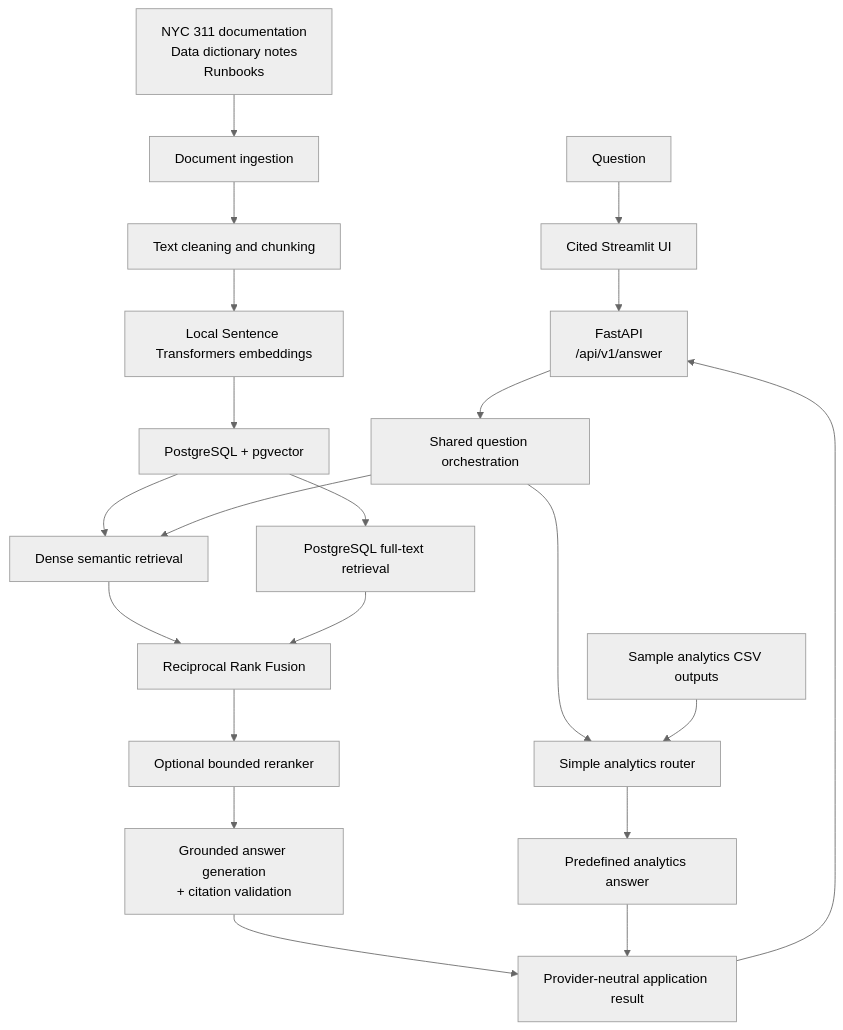
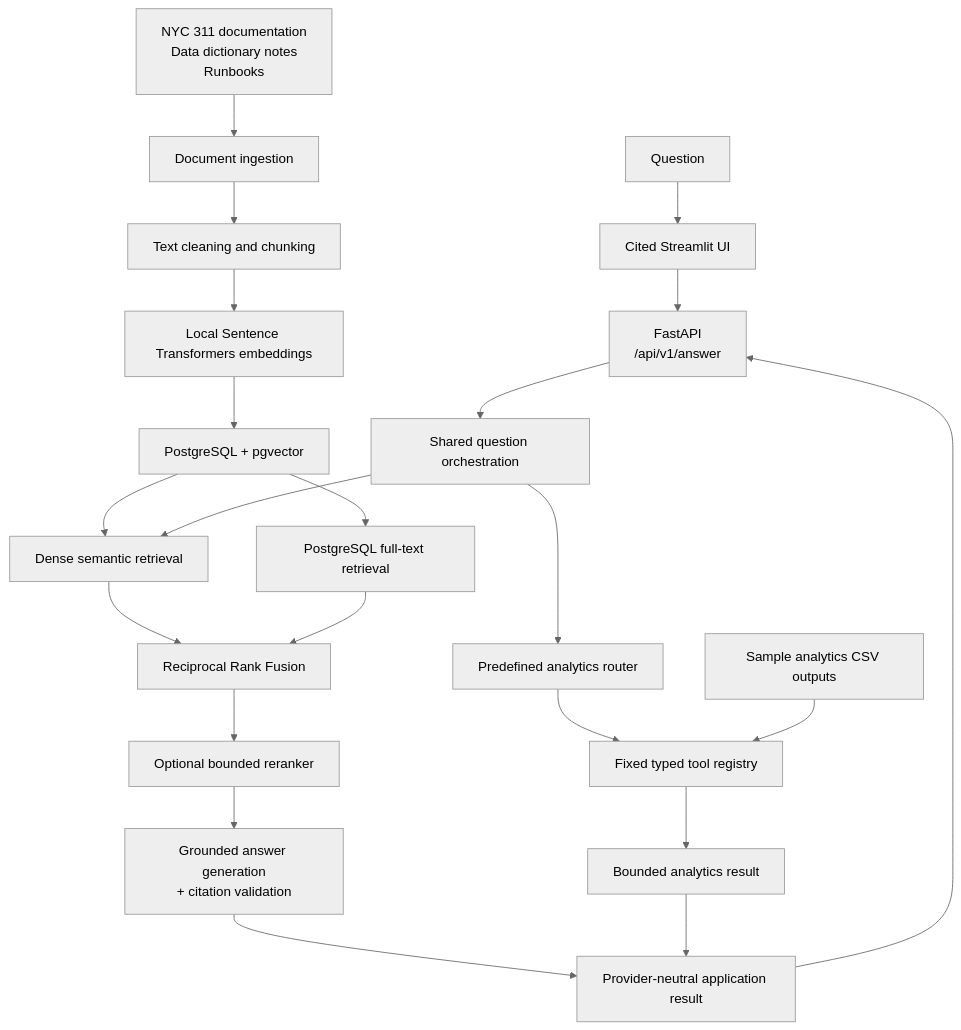
The diagram in README.md (rihua-tech/civiclens-rag-nyc311), drawn with Mermaid (neutral theme) before and after one commit. The commit also changed other lines of this file and 9 other files, not shown here.

Commit message:
Add safe typed analytics tools

````diff
--- a/README.md
+++ b/README.md
@@ -36,28 +37,29 @@
 ```mermaid
 flowchart TD
     question["Question"]
     docs["NYC 311 documentation<br/>Data dictionary notes<br/>Runbooks"]
     sampleAnalytics["Sample analytics CSV outputs"]
 
     docs --> ingestion["Document ingestion"]
     ingestion --> chunking["Text cleaning and chunking"]
     chunking --> embeddings["Local Sentence Transformers embeddings"]
     embeddings --> pgvector["PostgreSQL + pgvector"]
     pgvector --> semantic["Dense semantic retrieval"]
     pgvector --> lexical["PostgreSQL full-text retrieval"]
     semantic --> fusion["Reciprocal Rank Fusion"]
     lexical --> fusion
     fusion --> reranker["Optional bounded reranker"]
     reranker --> answer["Grounded answer generation<br/>+ citation validation"]
 
     question --> ui["Cited Streamlit UI"]
     ui --> api["FastAPI<br/>/api/v1/answer"]
     api --> orchestrator["Shared question orchestration"]
     orchestrator --> semantic
-    orchestrator --> analyticsRouter["Simple analytics router"]
-    sampleAnalytics --> analyticsRouter
-    analyticsRouter --> analyticsAnswer["Predefined analytics answer"]
+    orchestrator --> analyticsRouter["Predefined analytics router"]
+    analyticsRouter --> analyticsRegistry["Fixed typed tool registry"]
+    sampleAnalytics --> analyticsRegistry
+    analyticsRegistry --> analyticsAnswer["Bounded analytics result"]
     answer --> result["Provider-neutral application result"]
     analyticsAnswer --> result
     result --> api
 ```
````
